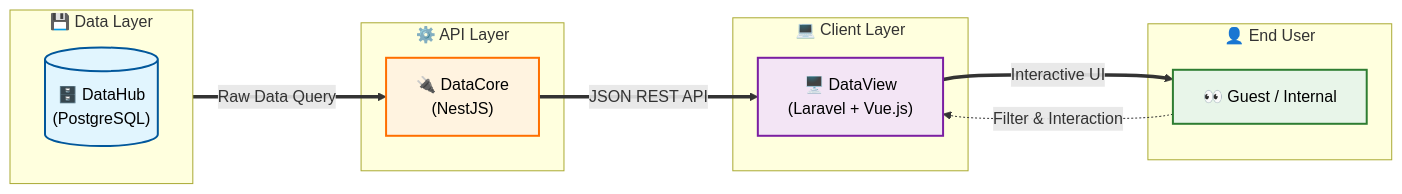
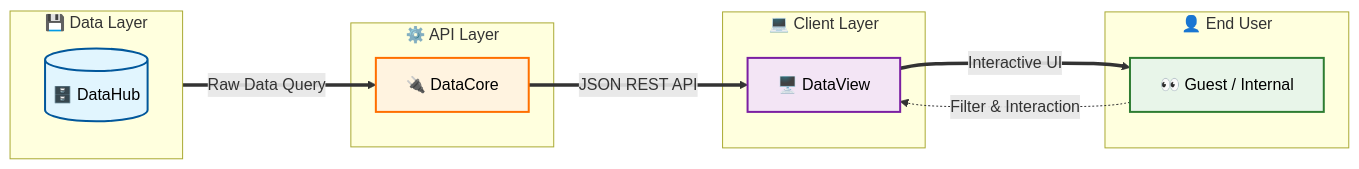
The diagram in README.md (ihsan-ramadhan/polban-dataview), drawn with Mermaid before and after one commit. The commit also changed other lines of this file, not shown here.

````diff
--- a/README.md
+++ b/README.md
@@ -68,31 +64,31 @@
 ```mermaid
 flowchart LR
     subgraph DataSource [💾 Data Layer]
         direction TB
-        A[("🗄️ DataHub<br/>(PostgreSQL)")]
+        A[("🗄️ DataHub")]
     end
 
     subgraph Backend [⚙️ API Layer]
-        B["🔌 DataCore<br/>(NestJS)"]
+        B["🔌 DataCore"]
     end
 
     subgraph Frontend [💻 Client Layer]
-        C["🖥️ DataView<br/>(Laravel + Vue.js)"]
+        C["🖥️ DataView"]
     end
 
     subgraph User [👤 End User]
         D["👀 Guest / Internal"]
     end
 
     %% Flow
     A ==>|Raw Data Query| B
     B ==>|JSON REST API| C
     C ==>|Interactive UI| D
     D -.->|Filter & Interaction| C
     
     %% Styling
     style A fill:#e1f5fe,stroke:#01579b,stroke-width:2px,color:#000
     style B fill:#fff3e0,stroke:#ff6f00,stroke-width:2px,color:#000
     style C fill:#f3e5f5,stroke:#7b1fa2,stroke-width:2px,color:#000
     style D fill:#e8f5e9,stroke:#2e7d32,stroke-width:2px,color:#000
 ```
````
